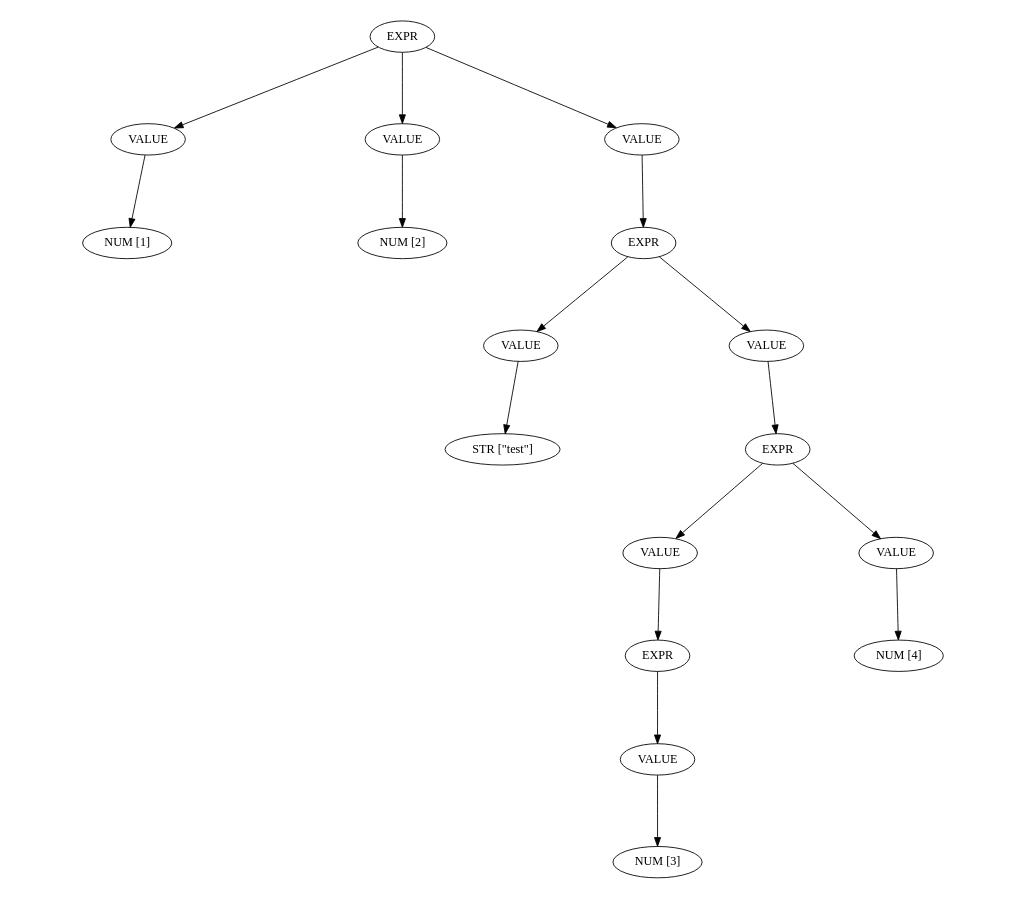
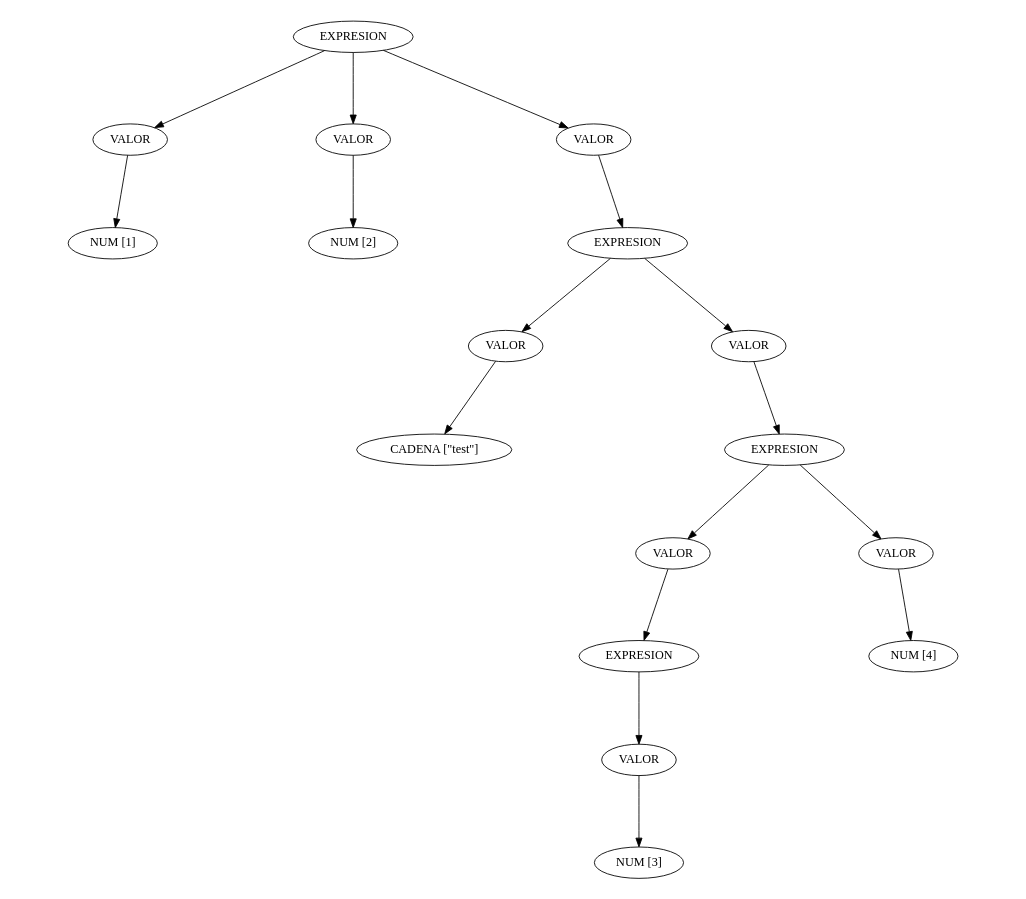
One commit to marvenegas98/calculadora changed the diagram in ast.dot. Above: the diagram before and after it, drawn with Graphviz. The commit also changed 8 other files, not shown here.

```diff
--- a/ast.dot
+++ b/ast.dot
@@ -1,36 +1,36 @@
 strict digraph "AST" {
 size="16,14"; ratio = fill;
-"2f82f540d5b047fa97bf88f74b4cb413" [label="EXPR"];
-"9ac2a035268c40be9fb411711e7199bd" [label="VALUE"];
-"9c1c66d8b241447f9c33a9c6a913da49" [label="NUM [1]"];
-"9ac2a035268c40be9fb411711e7199bd" -> "9c1c66d8b241447f9c33a9c6a913da49";
-"2f82f540d5b047fa97bf88f74b4cb413" -> "9ac2a035268c40be9fb411711e7199bd";
-"23338174a02e4794bdd6870174d5f64e" [label="VALUE"];
-"fd49837885ed4b91b4e357556573befe" [label="NUM [2]"];
-"23338174a02e4794bdd6870174d5f64e" -> "fd49837885ed4b91b4e357556573befe";
-"2f82f540d5b047fa97bf88f74b4cb413" -> "23338174a02e4794bdd6870174d5f64e";
-"64da86a50e5645188299d0b7d71c6e73" [label="VALUE"];
-"3053d0c25bbb452cbb76db8b1810c302" [label="EXPR"];
-"ccdbcfc04c9c4913a5802401157b41be" [label="VALUE"];
-"11717dc412c148e18ec8c7f15bdf29e3" [label="STR [\"test\"]"];
-"ccdbcfc04c9c4913a5802401157b41be" -> "11717dc412c148e18ec8c7f15bdf29e3";
-"3053d0c25bbb452cbb76db8b1810c302" -> "ccdbcfc04c9c4913a5802401157b41be";
-"7cbd7fb32d904594acdb32c8443b9343" [label="VALUE"];
-"d5423f0cfe0746718d7dd62b6e9d5d04" [label="EXPR"];
-"f9a2ac5723604a78a7a4f2ef6c19a2de" [label="VALUE"];
-"8e733f4250dc49b98f5c506c4fc802c4" [label="EXPR"];
-"3d049c2c503840cab1ff422edefc5fbc" [label="VALUE"];
-"2dd2282263084947b81d614e2ff18afd" [label="NUM [3]"];
-"3d049c2c503840cab1ff422edefc5fbc" -> "2dd2282263084947b81d614e2ff18afd";
-"8e733f4250dc49b98f5c506c4fc802c4" -> "3d049c2c503840cab1ff422edefc5fbc";
-"f9a2ac5723604a78a7a4f2ef6c19a2de" -> "8e733f4250dc49b98f5c506c4fc802c4";
-"d5423f0cfe0746718d7dd62b6e9d5d04" -> "f9a2ac5723604a78a7a4f2ef6c19a2de";
-"7f0fcffd9b3c45a58a80d68dd184f5d0" [label="VALUE"];
-"31494c06eaf04dbb939d5445152e4566" [label="NUM [4]"];
-"7f0fcffd9b3c45a58a80d68dd184f5d0" -> "31494c06eaf04dbb939d5445152e4566";
-"d5423f0cfe0746718d7dd62b6e9d5d04" -> "7f0fcffd9b3c45a58a80d68dd184f5d0";
-"7cbd7fb32d904594acdb32c8443b9343" -> "d5423f0cfe0746718d7dd62b6e9d5d04";
-"3053d0c25bbb452cbb76db8b1810c302" -> "7cbd7fb32d904594acdb32c8443b9343";
-"64da86a50e5645188299d0b7d71c6e73" -> "3053d0c25bbb452cbb76db8b1810c302";
-"2f82f540d5b047fa97bf88f74b4cb413" -> "64da86a50e5645188299d0b7d71c6e73";
+"30287ed43bc44e84ace2eb45e8ac4483" [label="EXPRESION"];
+"8a63b890844e4582a547a69e91b54929" [label="VALOR"];
+"9759c7a21963435a871dc56de24e283d" [label="NUM [1]"];
+"8a63b890844e4582a547a69e91b54929" -> "9759c7a21963435a871dc56de24e283d";
+"30287ed43bc44e84ace2eb45e8ac4483" -> "8a63b890844e4582a547a69e91b54929";
+"50a0067cd1e24045b74191aa6b5bb2de" [label="VALOR"];
+"083b5841ca964b20beb12fe1e585a6c6" [label="NUM [2]"];
+"50a0067cd1e24045b74191aa6b5bb2de" -> "083b5841ca964b20beb12fe1e585a6c6";
+"30287ed43bc44e84ace2eb45e8ac4483" -> "50a0067cd1e24045b74191aa6b5bb2de";
+"3b2ced59f2db46989e28a3b92315210f" [label="VALOR"];
+"ad1540d401994df28799758cd12439d9" [label="EXPRESION"];
+"5533cd09ec6247048423026478763a48" [label="VALOR"];
+"fdbab791f56942ed8f86e0882ee16bee" [label="CADENA [\"test\"]"];
+"5533cd09ec6247048423026478763a48" -> "fdbab791f56942ed8f86e0882ee16bee";
+"ad1540d401994df28799758cd12439d9" -> "5533cd09ec6247048423026478763a48";
+"562b47f8829042ea971688cb6aac1ed6" [label="VALOR"];
+"c1658952a7af45b5bb353da605cd2b86" [label="EXPRESION"];
+"3228aab83c5d45788f87c6c3ae3da563" [label="VALOR"];
+"81ae4304ca2449aba99640570d9712b8" [label="EXPRESION"];
+"28c7d3368ecf47d3abeebf037b380d57" [label="VALOR"];
+"67abfb244f554a14a35588f1e8a70661" [label="NUM [3]"];
+"28c7d3368ecf47d3abeebf037b380d57" -> "67abfb244f554a14a35588f1e8a70661";
+"81ae4304ca2449aba99640570d9712b8" -> "28c7d3368ecf47d3abeebf037b380d57";
+"3228aab83c5d45788f87c6c3ae3da563" -> "81ae4304ca2449aba99640570d9712b8";
+"c1658952a7af45b5bb353da605cd2b86" -> "3228aab83c5d45788f87c6c3ae3da563";
+"b5974b914d3944fd8eb5fb4d6b6e6a3c" [label="VALOR"];
+"f361ec861ced42a6a8d301b07b438093" [label="NUM [4]"];
+"b5974b914d3944fd8eb5fb4d6b6e6a3c" -> "f361ec861ced42a6a8d301b07b438093";
+"c1658952a7af45b5bb353da605cd2b86" -> "b5974b914d3944fd8eb5fb4d6b6e6a3c";
+"562b47f8829042ea971688cb6aac1ed6" -> "c1658952a7af45b5bb353da605cd2b86";
+"ad1540d401994df28799758cd12439d9" -> "562b47f8829042ea971688cb6aac1ed6";
+"3b2ced59f2db46989e28a3b92315210f" -> "ad1540d401994df28799758cd12439d9";
+"30287ed43bc44e84ace2eb45e8ac4483" -> "3b2ced59f2db46989e28a3b92315210f";
 }
```
